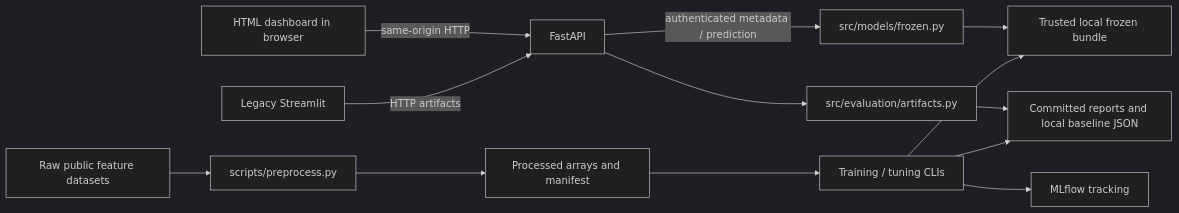
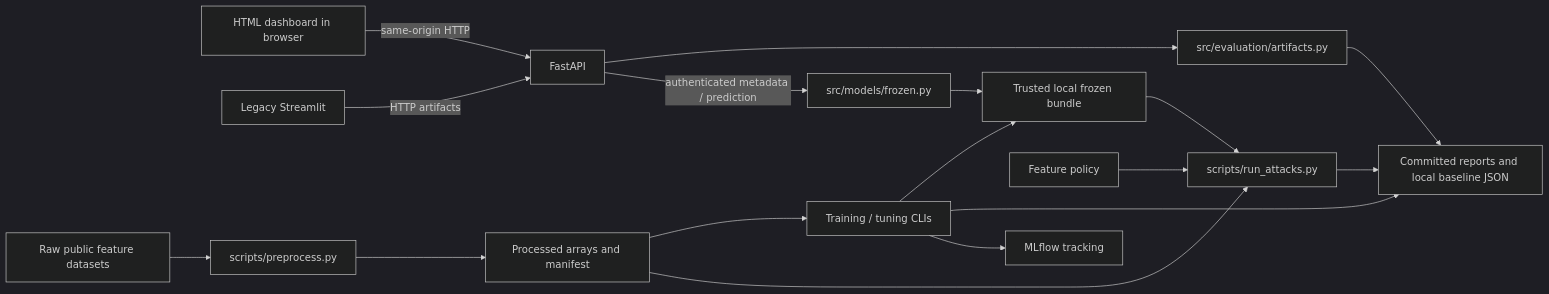
Before and after one commit to MatsoDev/Adversarial-Resilient: the diagram in docs/architecture.md, drawn with Mermaid (dark theme). The commit also changed other lines of this file and 13 other files, not shown here.

````diff
--- a/docs/architecture.md
+++ b/docs/architecture.md
@@ -10,15 +11,19 @@
 ```mermaid
 flowchart LR
     Browser[HTML dashboard in browser] -->|same-origin HTTP| API[FastAPI]
     Legacy[Legacy Streamlit] -->|HTTP artifacts| API
     API --> Store[src/evaluation/artifacts.py]
     Store --> Docs[Committed reports and local baseline JSON]
     API -->|authenticated metadata / prediction| Frozen[src/models/frozen.py]
     Frozen --> Bundle[Trusted local frozen bundle]
     Raw[Raw public feature datasets] --> Prep[scripts/preprocess.py]
     Prep --> Data[Processed arrays and manifest]
     Data --> Train[Training / tuning CLIs]
     Train --> Bundle
     Train --> Docs
     Train --> MLflow[MLflow tracking]
+    Data --> Attacks[scripts/run_attacks.py]
+    Bundle --> Attacks
+    Policy[Feature policy] --> Attacks
+    Attacks --> Docs
 ```
````
